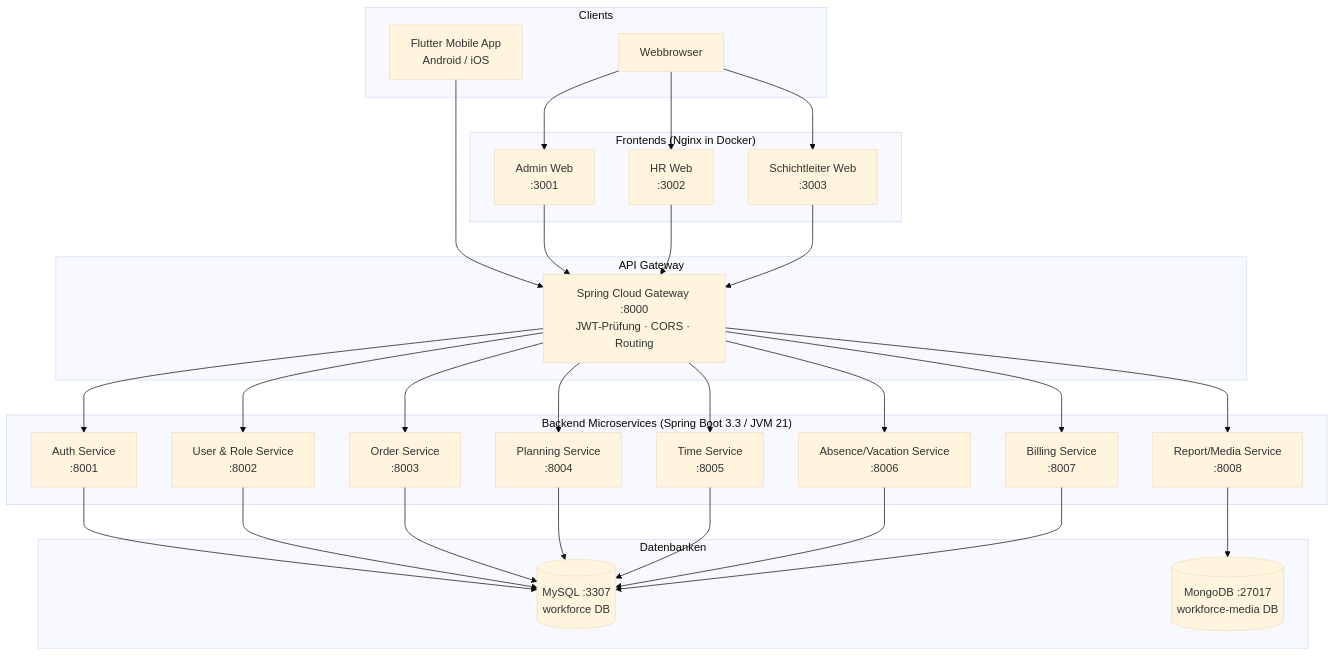
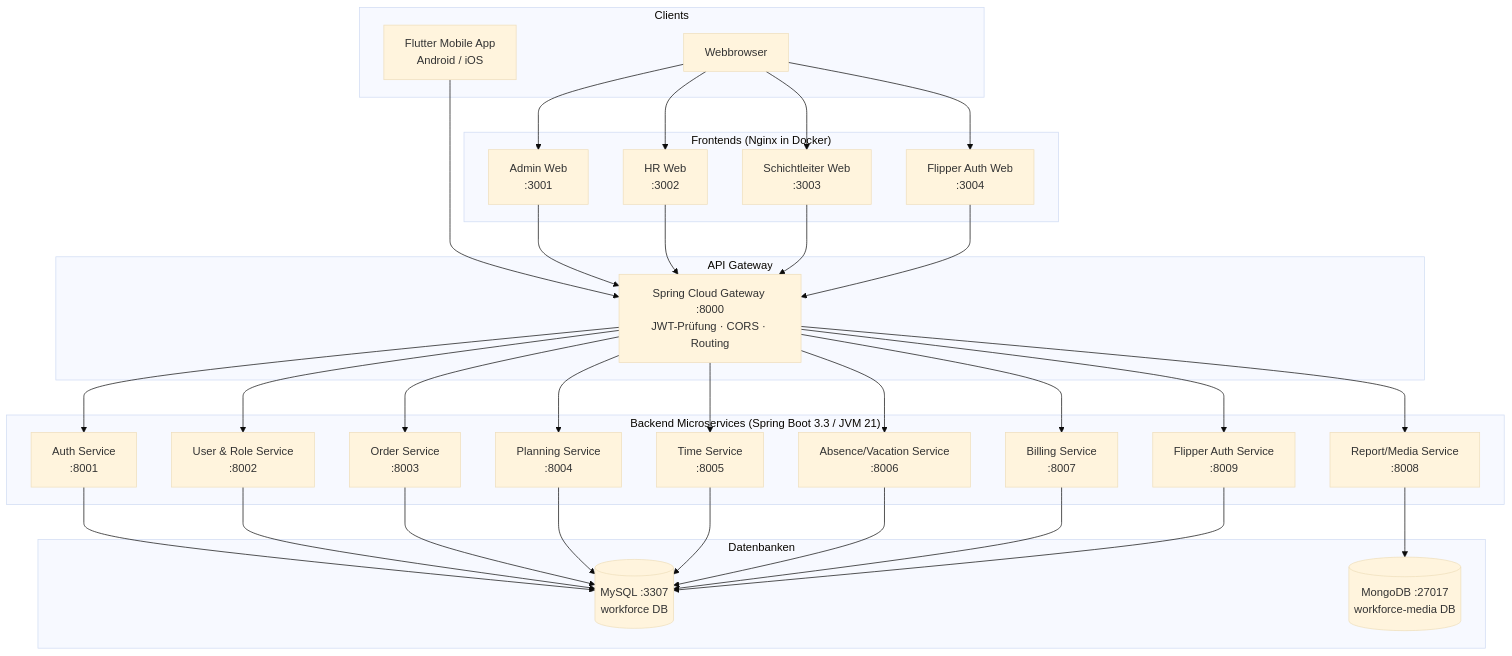
Before and after one commit to FionnLaesser/Planifywork_Modul335: the first of 14 diagrams in docs/diagrams.md, drawn with Mermaid (base theme). The commit also changed other lines of this file and 4 other files, not shown here.

````diff
--- a/docs/diagrams.md
+++ b/docs/diagrams.md
@@ -9,42 +9,44 @@
 ```mermaid
 graph TB
     subgraph Clients["Clients"]
         BROWSER["Webbrowser"]
         MOBILE["Flutter Mobile App\nAndroid / iOS"]
     end
 
     subgraph Frontend["Frontends (Nginx in Docker)"]
         AW["Admin Web\n:3001"]
         HW["HR Web\n:3002"]
         SW["Schichtleiter Web\n:3003"]
+        FW["Flipper Auth Web\n:3004"]
     end
 
     subgraph Gateway["API Gateway"]
         GW["Spring Cloud Gateway :8000\nJWT-Prüfung · CORS · Routing"]
     end
 
     subgraph Services["Backend Microservices (Spring Boot 3.3 / JVM 21)"]
         AS["Auth Service\n:8001"]
         URS["User & Role Service\n:8002"]
         OS["Order Service\n:8003"]
         PS["Planning Service\n:8004"]
         TS["Time Service\n:8005"]
         AVS["Absence/Vacation Service\n:8006"]
         BS["Billing Service\n:8007"]
         RMS["Report/Media Service\n:8008"]
+        FAS["Flipper Auth Service\n:8009"]
     end
 
     subgraph DBs["Datenbanken"]
         MYSQL[("MySQL :3307\nworkforce DB")]
         MONGO[("MongoDB :27017\nworkforce-media DB")]
     end
 
-    BROWSER --> AW & HW & SW
+    BROWSER --> AW & HW & SW & FW
     MOBILE --> GW
-    AW & HW & SW --> GW
+    AW & HW & SW & FW --> GW
 
-    GW --> AS & URS & OS & PS & TS & AVS & BS & RMS
+    GW --> AS & URS & OS & PS & TS & AVS & BS & RMS & FAS
 
-    AS & URS & OS & PS & TS & AVS & BS --> MYSQL
+    AS & URS & OS & PS & TS & AVS & BS & FAS --> MYSQL
     RMS --> MONGO
 ```
````
